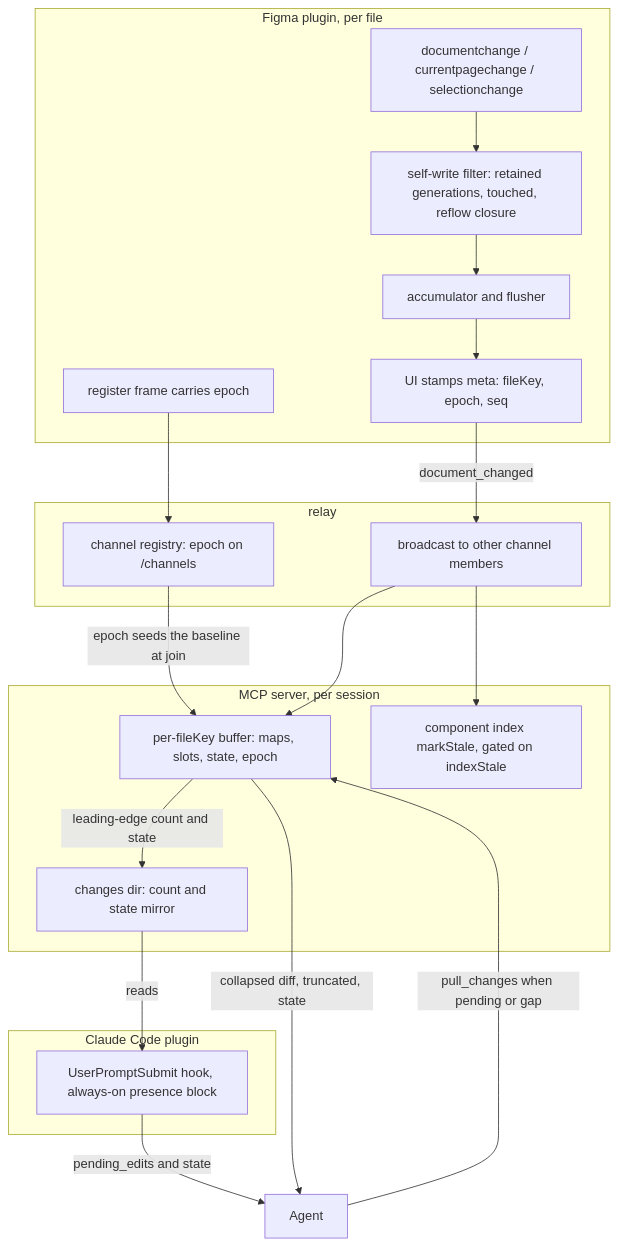
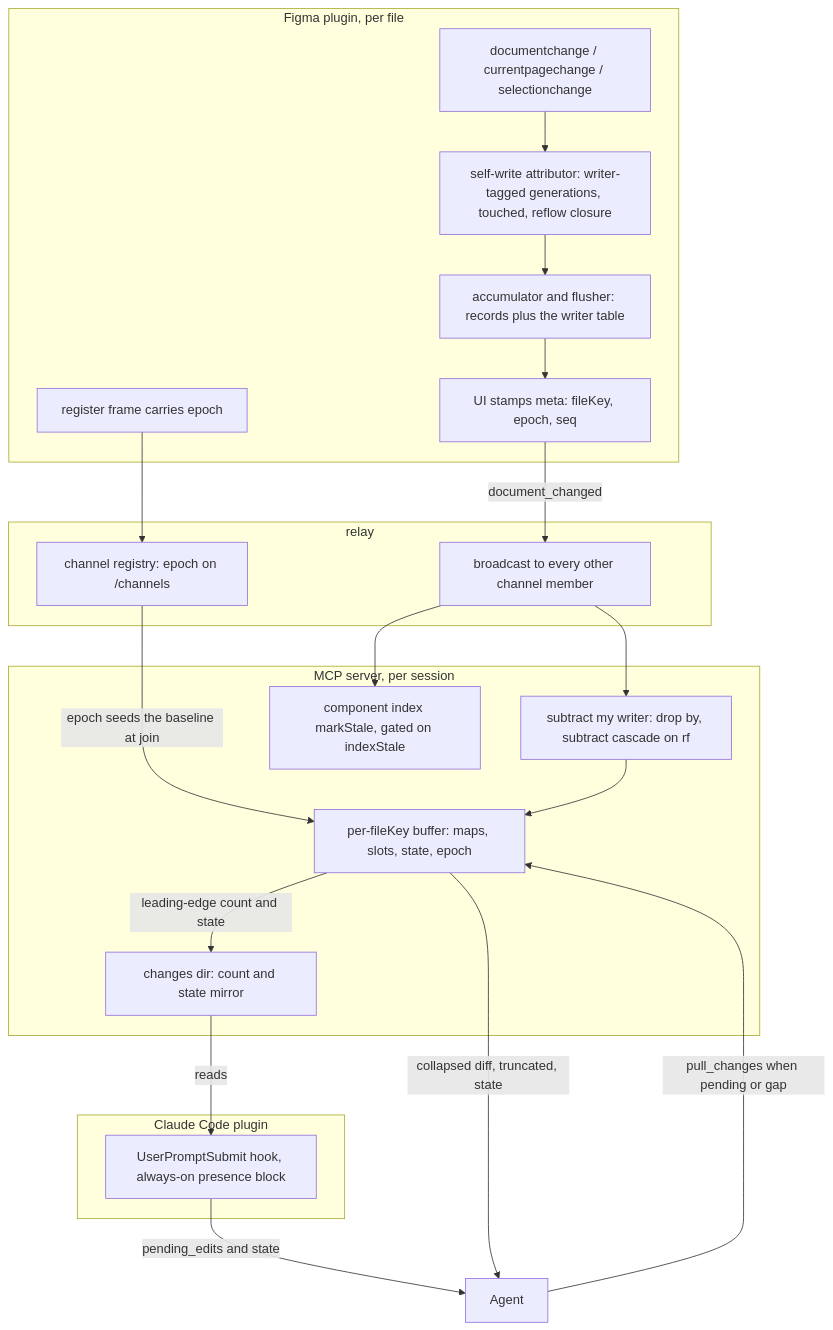
Before and after one commit to yleilu/figma-agent-bridge: the second of 2 diagrams in docs/specs/change-feed.md, drawn with Mermaid. The commit also changed other lines of this file, not shown here.

````diff
--- a/docs/specs/change-feed.md
+++ b/docs/specs/change-feed.md
@@ -1016,32 +1476,33 @@
 ```mermaid
 flowchart TB
     subgraph Plugin["Figma plugin, per file"]
         L["documentchange / currentpagechange / selectionchange"]
-        G["self-write filter: retained generations, touched, reflow closure"]
-        A["accumulator and flusher"]
+        G["self-write attributor: writer-tagged generations, touched, reflow closure"]
+        A["accumulator and flusher: records plus the writer table"]
         UM["UI stamps meta: fileKey, epoch, seq"]
         R["register frame carries epoch"]
     end
     subgraph Relay["relay"]
         REG["channel registry: epoch on /channels"]
-        BC["broadcast to other channel members"]
+        BC["broadcast to every other channel member"]
     end
     subgraph Server["MCP server, per session"]
+        SUB["subtract my writer: drop by, subtract cascade on rf"]
         BUF["per-fileKey buffer: maps, slots, state, epoch"]
         CF["changes dir: count and state mirror"]
         IDX["component index markStale, gated on indexStale"]
     end
     subgraph CC["Claude Code plugin"]
         HK["UserPromptSubmit hook, always-on presence block"]
     end
     L --> G --> A --> UM -->|document_changed| BC
     R --> REG
     REG -->|epoch seeds the baseline at join| BUF
-    BC --> BUF
+    BC --> SUB --> BUF
     BC --> IDX
     BUF -->|leading-edge count and state| CF
     CF -->|reads| HK
     HK -->|pending_edits and state| Agent
     Agent -->|pull_changes when pending or gap| BUF
     BUF -->|collapsed diff, truncated, state| Agent
 ```
````
